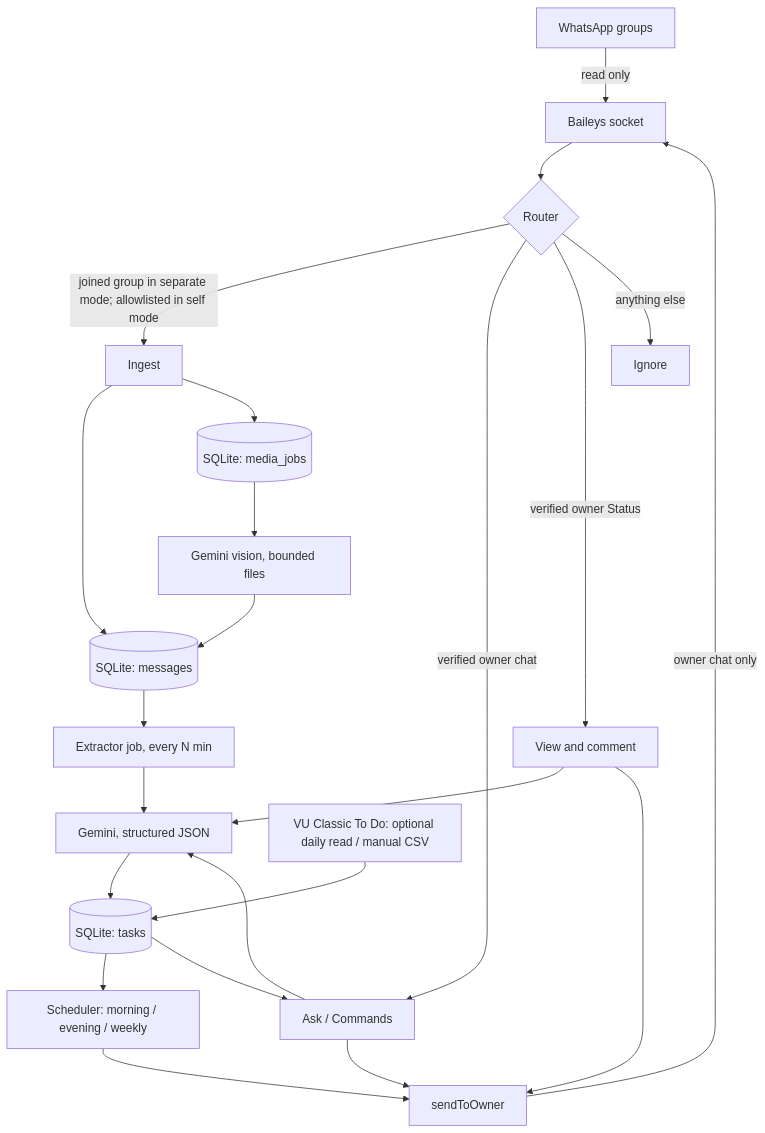
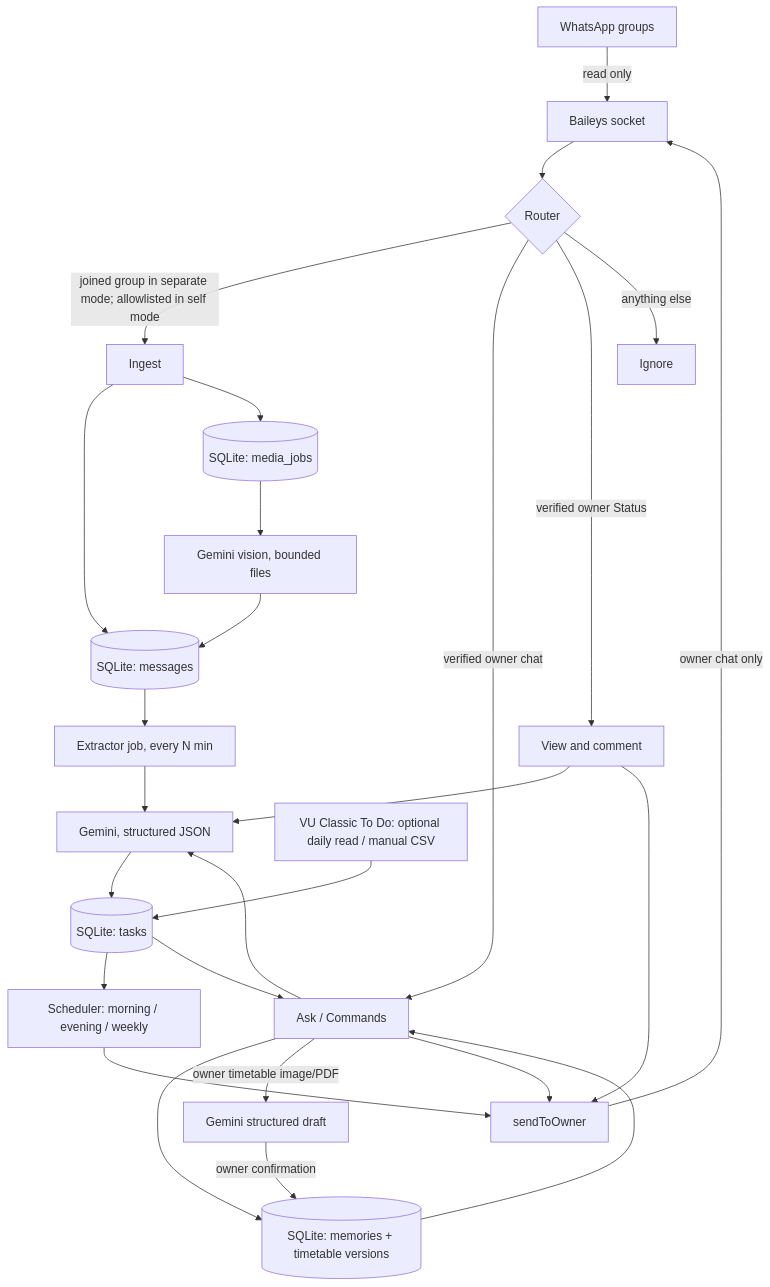
One commit to Coding-Moves/maya-assistant changed the diagram in ARCHITECTURE.md. Above: the diagram before and after it, drawn with Mermaid. The commit also changed other lines of this file and 3 other files, not shown here.

````diff
--- a/ARCHITECTURE.md
+++ b/ARCHITECTURE.md
@@ -14,25 +14,29 @@
 ```mermaid
 flowchart TD
     G[WhatsApp groups] -->|read only| W[Baileys socket]
     W --> R{Router}
     R -->|joined group in separate mode; allowlisted in self mode| I[Ingest]
     R -->|verified owner chat| Q[Ask / Commands]
     R -->|verified owner Status| ST[View and comment]
     R -->|anything else| X[Ignore]
     I --> DB[(SQLite: messages)]
     I --> MQ[(SQLite: media_jobs)]
     MQ --> MV[Gemini vision, bounded files]
     MV --> DB
     DB --> E[Extractor job, every N min]
     E --> AI[Gemini, structured JSON]
     AI --> T[(SQLite: tasks)]
     VU[VU Classic To Do: optional daily read / manual CSV] --> T
     T --> S[Scheduler: morning / evening / weekly]
     T --> Q
     Q --> AI
+    Q --> MEM[(SQLite: memories + timetable versions)]
+    MEM --> Q
+    Q -->|owner timetable image/PDF| DRAFT[Gemini structured draft]
+    DRAFT -->|owner confirmation| MEM
     ST --> AI
     S --> O[sendToOwner]
     Q --> O
     ST --> O
     O -->|owner chat only| W
 ```
````
